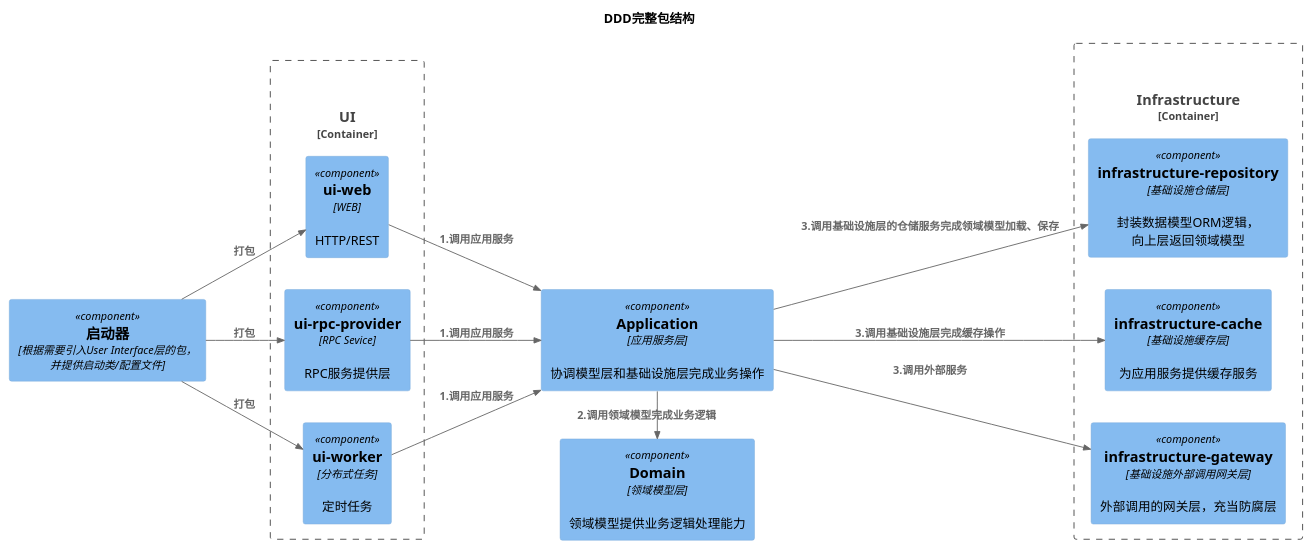
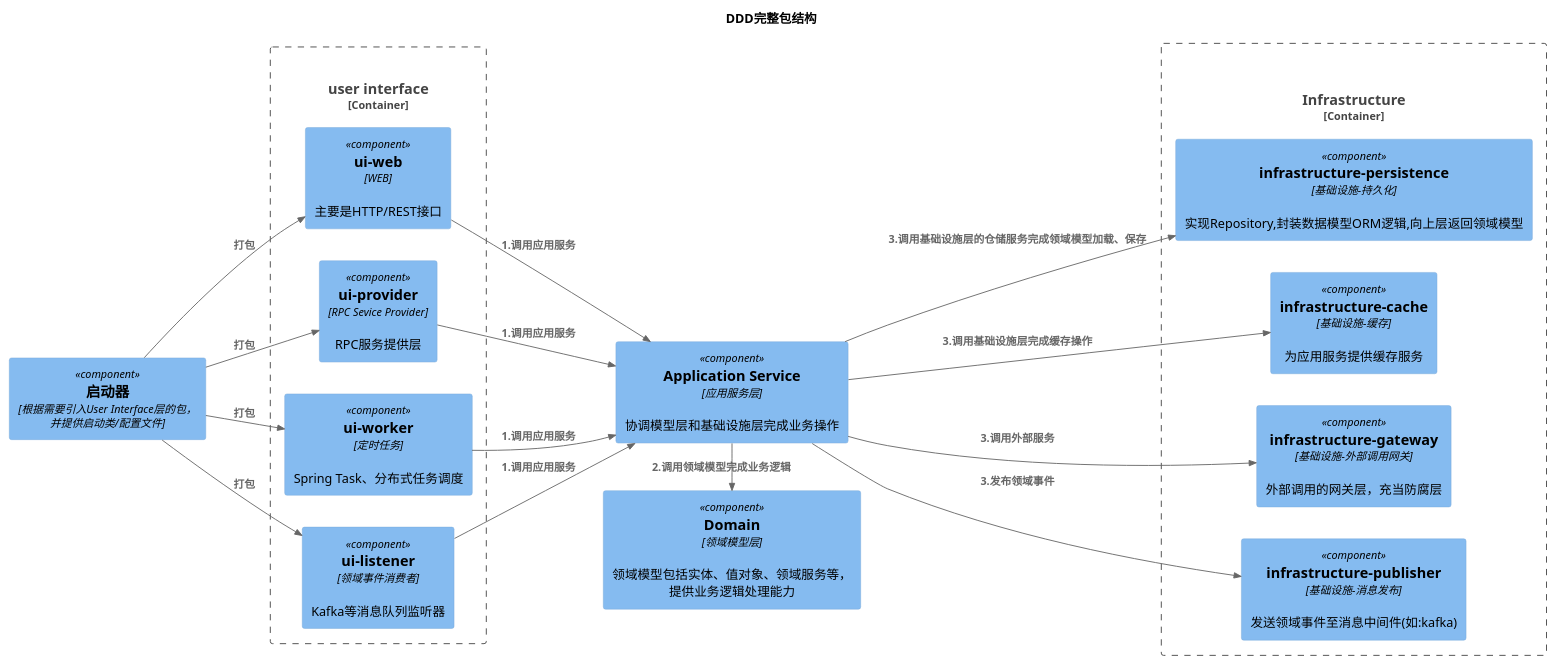
The diagram in plantuml/ct.005.puml (feiniaojin/Thinking-in-DDD), drawn with PlantUML before and after one commit. The commit also changed 23 other files, not shown here.

```diff
--- a/plantuml/ct.005.puml
+++ b/plantuml/ct.005.puml
@@ -1,42 +1,49 @@
 @startuml
 
 !include https://gitee.com/igingo/C4-PlantUML/raw/master/C4_Context.puml
 !include https://gitee.com/igingo/C4-PlantUML/raw/master/C4_Container.puml
 !include https://gitee.com/igingo/C4-PlantUML/raw/master/C4_Component.puml
 
 title "DDD完整包结构"
 
 Component(C_launcher, "启动器", "根据需要引入User Interface层的包，并提供启动类/配置文件")
 
-Container_Boundary(C_ui, "UI", "user interface","用户接口层"){
-    Component(C_ui_web, "ui-web", "WEB","HTTP/REST")
-    Component(C_ui_rpc_provider, "ui-rpc-provider", "RPC Sevice","RPC服务提供层")
-    Component(C_ui_worker, "ui-worker", "分布式任务","定时任务")
+Container_Boundary(C_ui, "user interface"){
+    Component(C_ui_web, "ui-web", "WEB","主要是HTTP/REST接口")
+    Component(C_ui_rpc_provider, "ui-provider", "RPC Sevice Provider","RPC服务提供层")
+    Component(C_ui_worker, "ui-worker", "定时任务","Spring Task、分布式任务调度")
+    Component(C_ui_listener, "ui-listener", "领域事件消费者","Kafka等消息队列监听器")
 }
 
-Component(C_application, "Application","应用服务层", "协调模型层和基础设施层完成业务操作")
-Component(C_domain, "Domain","领域模型层", "领域模型提供业务逻辑处理能力")
+Component(C_application, "Application Service","应用服务层", "协调模型层和基础设施层完成业务操作")
+Component(C_domain, "Domain","领域模型层", "领域模型包括实体、值对象、领域服务等，提供业务逻辑处理能力")
 Container_Boundary(C_infrastructure, "Infrastructure","基础设施层", "基础设施层，向上提供各种支持"){
-    Component(C_infrastructure_repository, "infrastructure-repository","基础设施仓储层", "封装数据模型ORM逻辑，向上层返回领域模型")
-    Component(C_infrastructure_cache, "infrastructure-cache","基础设施缓存层", "为应用服务提供缓存服务")
-    Component(C_infrastructure_gateway, "infrastructure-gateway","基础设施外部调用网关层", "外部调用的网关层，充当防腐层")
+    Component(C_infrastructure_persistence, "infrastructure-persistence","基础设施-持久化", "实现Repository,封装数据模型ORM逻辑,向上层返回领域模型")
+    Component(C_infrastructure_cache, "infrastructure-cache","基础设施-缓存", "为应用服务提供缓存服务")
+    Component(C_infrastructure_gateway, "infrastructure-gateway","基础设施-外部调用网关", "外部调用的网关层，充当防腐层")
+    Component(C_infrastructure_publisher, "infrastructure-publisher","基础设施-消息发布", "发送领域事件至消息中间件(如:kafka)")
 }
 
 Rel(C_launcher, C_ui_web, "打包")
 Rel(C_launcher, C_ui_rpc_provider, "打包")
 Rel(C_launcher, C_ui_worker, "打包")
+Rel(C_launcher, C_ui_listener, "打包")
+
 
 
 Rel(C_ui_web, C_application, "1.调用应用服务")
 Rel(C_ui_rpc_provider, C_application, "1.调用应用服务")
 Rel(C_ui_worker, C_application, "1.调用应用服务")
+Rel(C_ui_listener, C_application, "1.调用应用服务")
+
 
 Rel_R(C_application, C_domain, "2.调用领域模型完成业务逻辑")
 
-Rel(C_application, C_infrastructure_repository, "3.调用基础设施层的仓储服务完成领域模型加载、保存")
+Rel(C_application, C_infrastructure_persistence, "3.调用基础设施层的仓储服务完成领域模型加载、保存")
 Rel(C_application, C_infrastructure_cache, "3.调用基础设施层完成缓存操作")
 Rel(C_application, C_infrastructure_gateway, "3.调用外部服务")
+Rel(C_application, C_infrastructure_publisher, "3.发布领域事件")
 
 left to right direction
 
 @enduml
```
